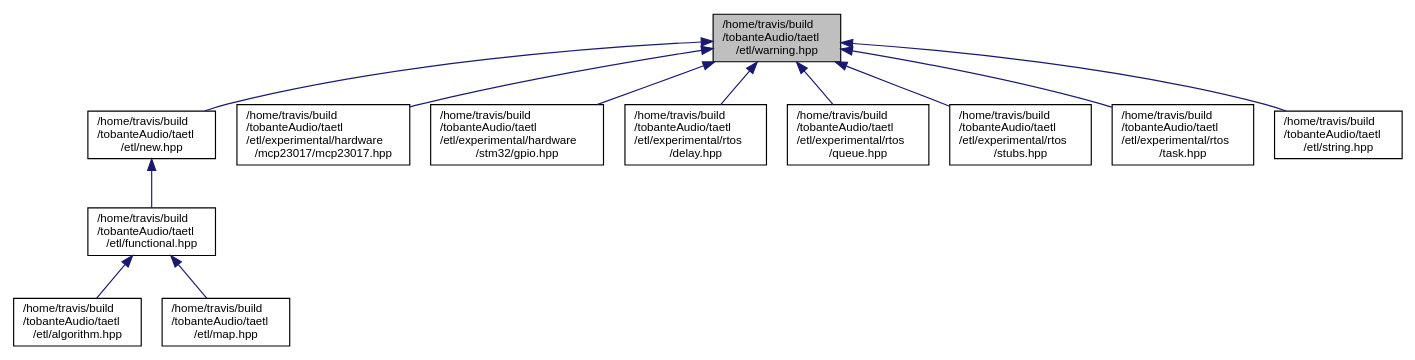
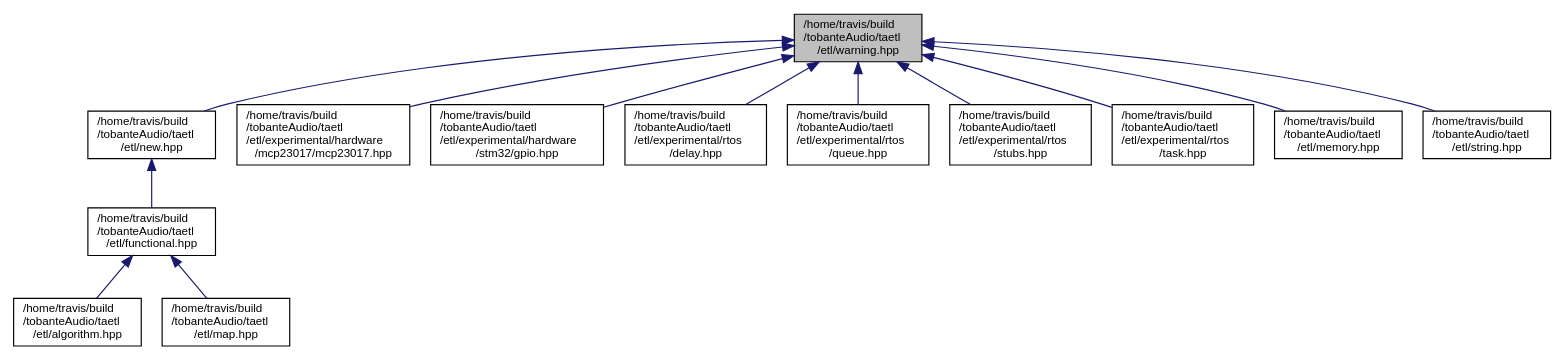
One commit to tobanteAudio/taetl changed the diagram in warning_8hpp__dep__incl.dot. Above: the diagram before and after it, drawn with Graphviz. The commit also changed 113 other files, not shown here.

Commit message:
Deploy tobanteAudio/taetl to github.com/tobanteAudio/taetl.git:gh-pages

```diff
--- a/warning_8hpp__dep__incl.dot
+++ b/warning_8hpp__dep__incl.dot
@@ -1,28 +1,30 @@
 digraph "/home/travis/build/tobanteAudio/taetl/etl/warning.hpp"
 {
   edge [fontname="Helvetica",fontsize="10",labelfontname="Helvetica",labelfontsize="10"];
   node [fontname="Helvetica",fontsize="10",shape=record];
   Node1 [label="/home/travis/build\l/tobanteAudio/taetl\l/etl/warning.hpp",height=0.2,width=0.4,color="black", fillcolor="grey75", style="filled", fontcolor="black"];
   Node1 -> Node2 [dir="back",color="midnightblue",fontsize="10",style="solid",fontname="Helvetica"];
   Node2 [label="/home/travis/build\l/tobanteAudio/taetl\l/etl/new.hpp",height=0.2,width=0.4,color="black", fillcolor="white", style="filled",URL="$new_8hpp.html"];
   Node2 -> Node3 [dir="back",color="midnightblue",fontsize="10",style="solid",fontname="Helvetica"];
   Node3 [label="/home/travis/build\l/tobanteAudio/taetl\l/etl/functional.hpp",height=0.2,width=0.4,color="black", fillcolor="white", style="filled",URL="$functional_8hpp.html"];
   Node3 -> Node4 [dir="back",color="midnightblue",fontsize="10",style="solid",fontname="Helvetica"];
   Node4 [label="/home/travis/build\l/tobanteAudio/taetl\l/etl/algorithm.hpp",height=0.2,width=0.4,color="black", fillcolor="white", style="filled",URL="$algorithm_8hpp.html"];
   Node3 -> Node5 [dir="back",color="midnightblue",fontsize="10",style="solid",fontname="Helvetica"];
   Node5 [label="/home/travis/build\l/tobanteAudio/taetl\l/etl/map.hpp",height=0.2,width=0.4,color="black", fillcolor="white", style="filled",URL="$map_8hpp.html"];
   Node1 -> Node6 [dir="back",color="midnightblue",fontsize="10",style="solid",fontname="Helvetica"];
   Node6 [label="/home/travis/build\l/tobanteAudio/taetl\l/etl/experimental/hardware\l/mcp23017/mcp23017.hpp",height=0.2,width=0.4,color="black", fillcolor="white", style="filled",URL="$mcp23017_8hpp.html"];
   Node1 -> Node7 [dir="back",color="midnightblue",fontsize="10",style="solid",fontname="Helvetica"];
   Node7 [label="/home/travis/build\l/tobanteAudio/taetl\l/etl/experimental/hardware\l/stm32/gpio.hpp",height=0.2,width=0.4,color="black", fillcolor="white", style="filled",URL="$gpio_8hpp.html"];
   Node1 -> Node8 [dir="back",color="midnightblue",fontsize="10",style="solid",fontname="Helvetica"];
   Node8 [label="/home/travis/build\l/tobanteAudio/taetl\l/etl/experimental/rtos\l/delay.hpp",height=0.2,width=0.4,color="black", fillcolor="white", style="filled",URL="$delay_8hpp.html"];
   Node1 -> Node9 [dir="back",color="midnightblue",fontsize="10",style="solid",fontname="Helvetica"];
   Node9 [label="/home/travis/build\l/tobanteAudio/taetl\l/etl/experimental/rtos\l/queue.hpp",height=0.2,width=0.4,color="black", fillcolor="white", style="filled",URL="$queue_8hpp.html"];
   Node1 -> Node10 [dir="back",color="midnightblue",fontsize="10",style="solid",fontname="Helvetica"];
   Node10 [label="/home/travis/build\l/tobanteAudio/taetl\l/etl/experimental/rtos\l/stubs.hpp",height=0.2,width=0.4,color="black", fillcolor="white", style="filled",URL="$stubs_8hpp.html"];
   Node1 -> Node11 [dir="back",color="midnightblue",fontsize="10",style="solid",fontname="Helvetica"];
   Node11 [label="/home/travis/build\l/tobanteAudio/taetl\l/etl/experimental/rtos\l/task.hpp",height=0.2,width=0.4,color="black", fillcolor="white", style="filled",URL="$task_8hpp.html"];
   Node1 -> Node12 [dir="back",color="midnightblue",fontsize="10",style="solid",fontname="Helvetica"];
-  Node12 [label="/home/travis/build\l/tobanteAudio/taetl\l/etl/string.hpp",height=0.2,width=0.4,color="black", fillcolor="white", style="filled",URL="$string_8hpp.html"];
+  Node12 [label="/home/travis/build\l/tobanteAudio/taetl\l/etl/memory.hpp",height=0.2,width=0.4,color="black", fillcolor="white", style="filled",URL="$memory_8hpp.html"];
+  Node1 -> Node13 [dir="back",color="midnightblue",fontsize="10",style="solid",fontname="Helvetica"];
+  Node13 [label="/home/travis/build\l/tobanteAudio/taetl\l/etl/string.hpp",height=0.2,width=0.4,color="black", fillcolor="white", style="filled",URL="$string_8hpp.html"];
 }
```
